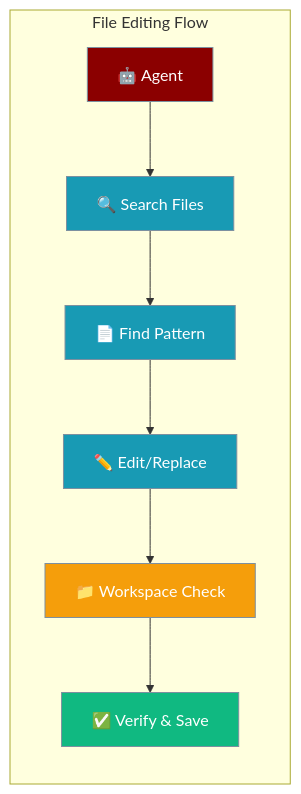
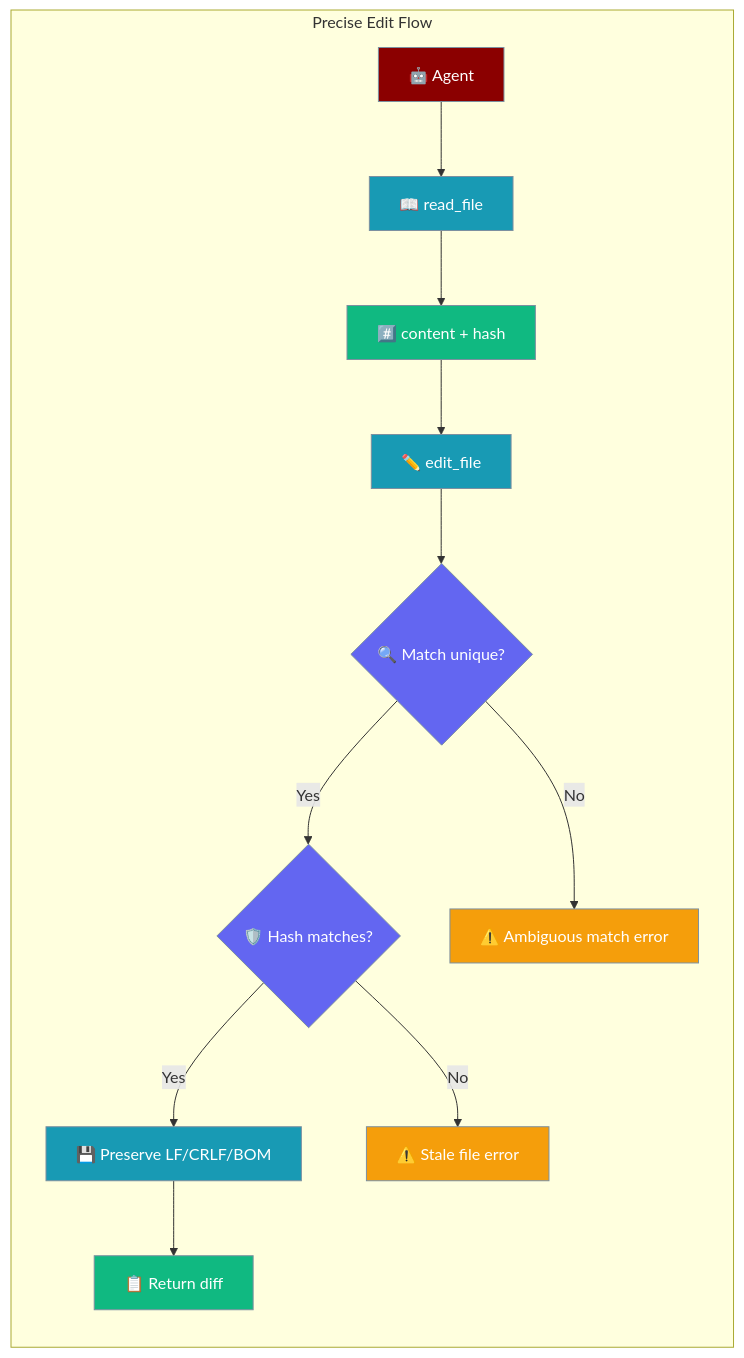
The first of 2 diagrams in docs/features/file-editing.mdx (MervinPraison/PraisonAIDocs), drawn with Mermaid before and after one commit. The commit also changed other lines of this file, not shown here.

First line of the commit message:
docs: update file-editing for precise conflict-safe edit_file (Fixes #666)

````diff
--- a/docs/features/file-editing.mdx
+++ b/docs/features/file-editing.mdx
@@ -10,18 +10,26 @@
 ```mermaid
 graph LR
-    subgraph "File Editing Flow"
-        A[🤖 Agent] --> S[🔍 Search Files]
-        S --> F[📄 Find Pattern]
-        F --> E[✏️ Edit/Replace]
-        E --> W[📁 Workspace Check]
-        W --> V[✅ Verify & Save]
+    subgraph "Precise Edit Flow"
+        A[🤖 Agent] --> R[📖 read_file]
+        R --> H[#️⃣ content + hash]
+        H --> E[✏️ edit_file]
+        E --> C{🔍 Match unique?}
+        C -->|Yes| HC{🛡️ Hash matches?}
+        C -->|No| AMB[⚠️ Ambiguous match error]
+        HC -->|Yes| W[💾 Preserve LF/CRLF/BOM]
+        HC -->|No| STALE[⚠️ Stale file error]
+        W --> D[📋 Return diff]
     end
+
     classDef agent fill:#8B0000,stroke:#7C90A0,color:#fff
-    classDef process fill:#189AB4,stroke:#7C90A0,color:#fff
-    classDef security fill:#F59E0B,stroke:#7C90A0,color:#fff
-    classDef complete fill:#10B981,stroke:#7C90A0,color:#fff
+    classDef step fill:#189AB4,stroke:#7C90A0,color:#fff
+    classDef check fill:#6366F1,stroke:#7C90A0,color:#fff
+    classDef warn fill:#F59E0B,stroke:#7C90A0,color:#fff
+    classDef ok fill:#10B981,stroke:#7C90A0,color:#fff
+
     class A agent
-    class S,F,E process
-    class W security
-    class V complete
+    class R,E,W step
+    class C,HC check
+    class AMB,STALE warn
+    class H,D ok
 ```
````
